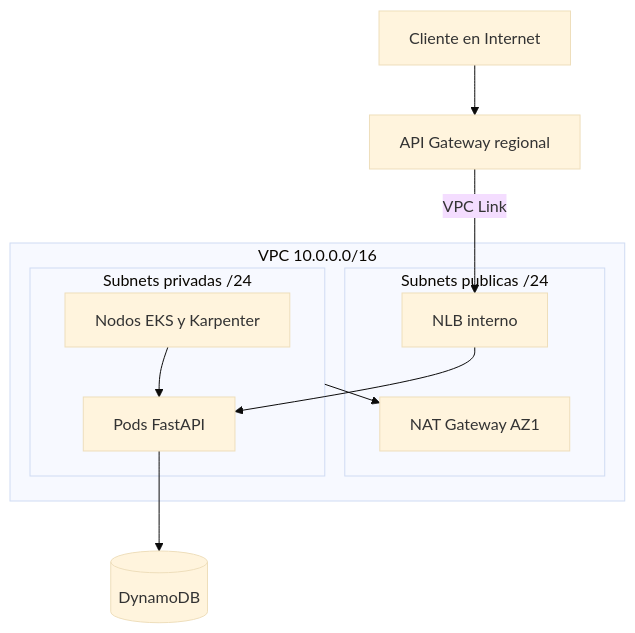
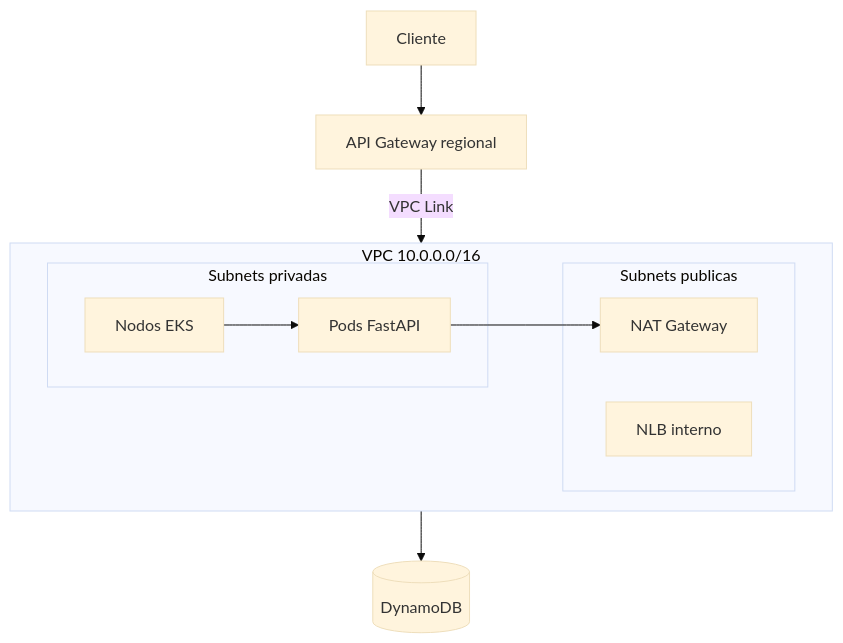
Before and after one commit to marlon-figueroa/iac_api_mercado: the diagram in docs/diagramas/arquitectura-red.mmd, drawn with Mermaid. The commit also changed 11 other files, not shown here.

Commit message:
Update mermaid configuration, enhance PDF header for better image handling, and refine documentation. Adjusted font size in mermaid config, improved LaTeX settings to prevent image overflow, and clarified diagram generation process in the documentation.

```diff
--- a/docs/diagramas/arquitectura-red.mmd
+++ b/docs/diagramas/arquitectura-red.mmd
@@ -1,22 +1,18 @@
 %%{init: {'theme': 'base', 'flowchart': {'useMaxWidth': false}}}%%
 flowchart TB
-  Cliente[Cliente en Internet]
-  APIGW[API Gateway regional]
+  Cliente[Cliente] --> APIGW[API Gateway regional]
+  APIGW -->|VPC Link| NLB
   subgraph vpc [VPC 10.0.0.0/16]
-    subgraph public [Subnets publicas /24]
-      NAT[NAT Gateway AZ1]
+    direction LR
+    subgraph public [Subnets publicas]
+      NAT[NAT Gateway]
       NLB[NLB interno]
     end
-    subgraph private [Subnets privadas /24]
-      Nodos[Nodos EKS y Karpenter]
+    subgraph private [Subnets privadas]
+      Nodos[Nodos EKS]
       Pods[Pods FastAPI]
     end
   end
-  DDB[(DynamoDB)]
-
-  Cliente --> APIGW
-  APIGW -->|VPC Link| NLB
-  NLB --> Pods
   Nodos --> Pods
-  private --> NAT
-  Pods --> DDB
+  Pods --> NAT
+  Pods --> DDB[(DynamoDB)]
```
